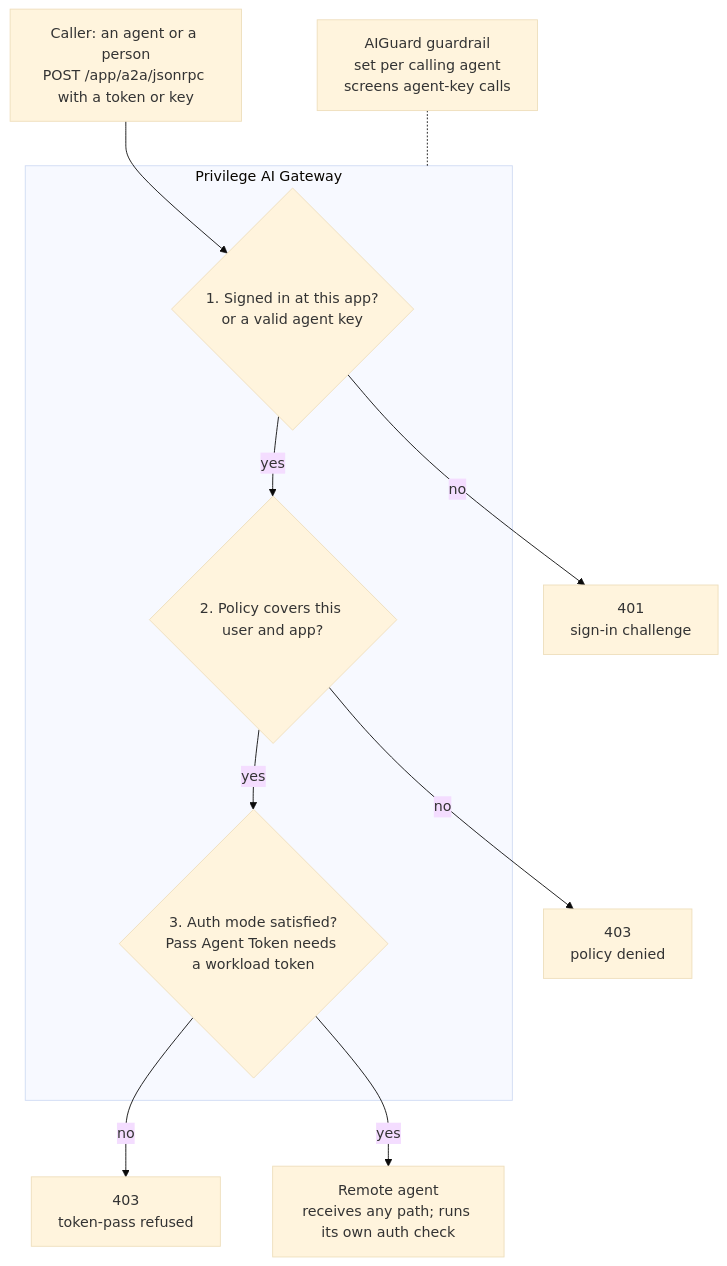
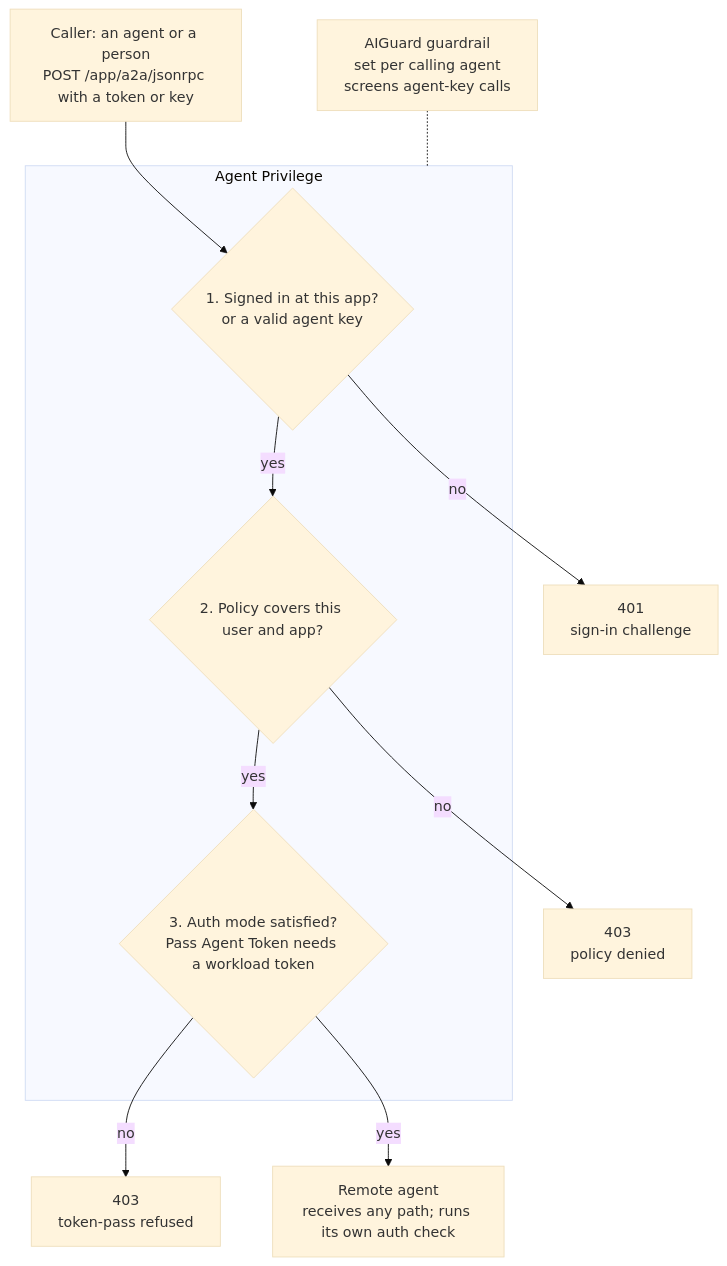
The first of 2 diagrams in privilege/GATEWAY-AGENT-TO-AGENT-A2A.md (curtismu7/AI-DEMO2), drawn with Mermaid (base theme) before and after one commit. The commit also changed other lines of this file and 123 other files, not shown here.

First line of the commit message:
docs+chore: finish AI Gateway → Agent Privilege rename in docs and services

````diff
--- a/privilege/GATEWAY-AGENT-TO-AGENT-A2A.md
+++ b/privilege/GATEWAY-AGENT-TO-AGENT-A2A.md
@@ -89,13 +89,13 @@
 ```mermaid
 flowchart TD
   caller["Caller: an agent or a person<br/>POST /app/a2a/jsonrpc with a token or key"] --> c1
-  subgraph gw["Privilege AI Gateway"]
+  subgraph gw["Agent Privilege"]
     c1{"1. Signed in at this app?<br/>or a valid agent key"} -- yes --> c2{"2. Policy covers this user and app?"}
     c2 -- yes --> c3{"3. Auth mode satisfied?<br/>Pass Agent Token needs a workload token"}
   end
   c1 -- no --> r1["401<br/>sign-in challenge"]
   c2 -- no --> r2["403<br/>policy denied"]
   c3 -- no --> r3["403<br/>token-pass refused"]
   c3 -- yes --> agent["Remote agent<br/>receives any path; runs its own auth check"]
   guard["AIGuard guardrail<br/>set per calling agent<br/>screens agent-key calls"] -.- gw
 ```
````
